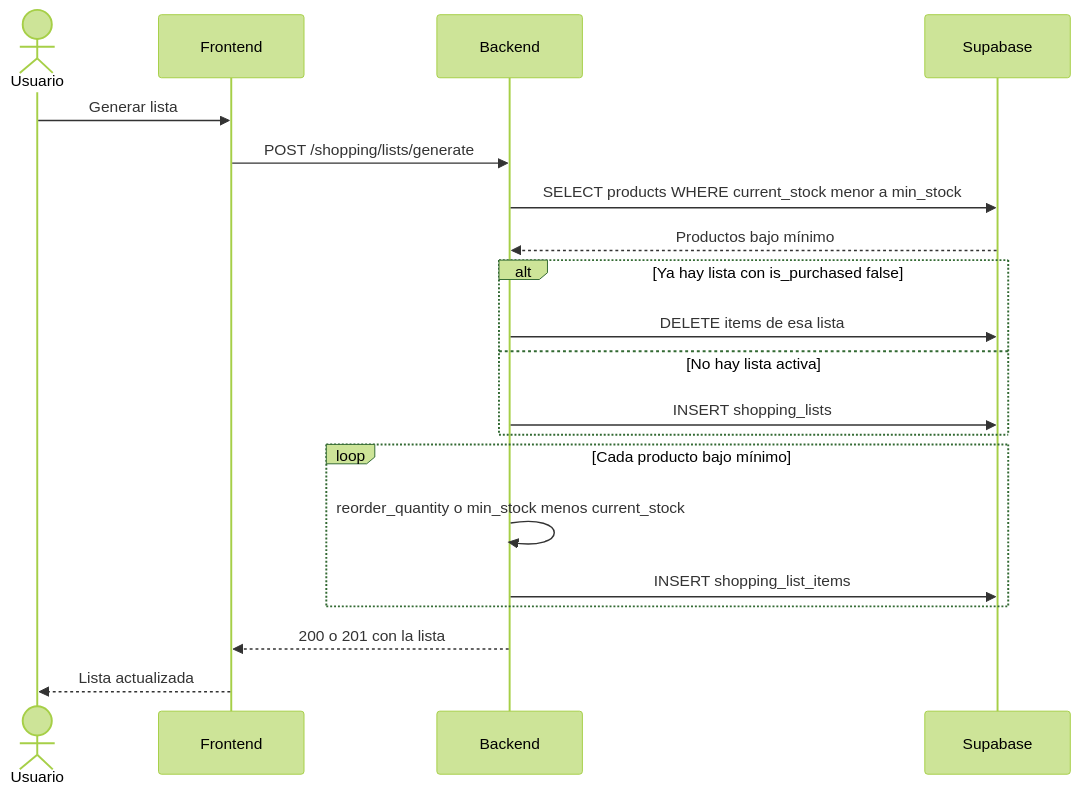
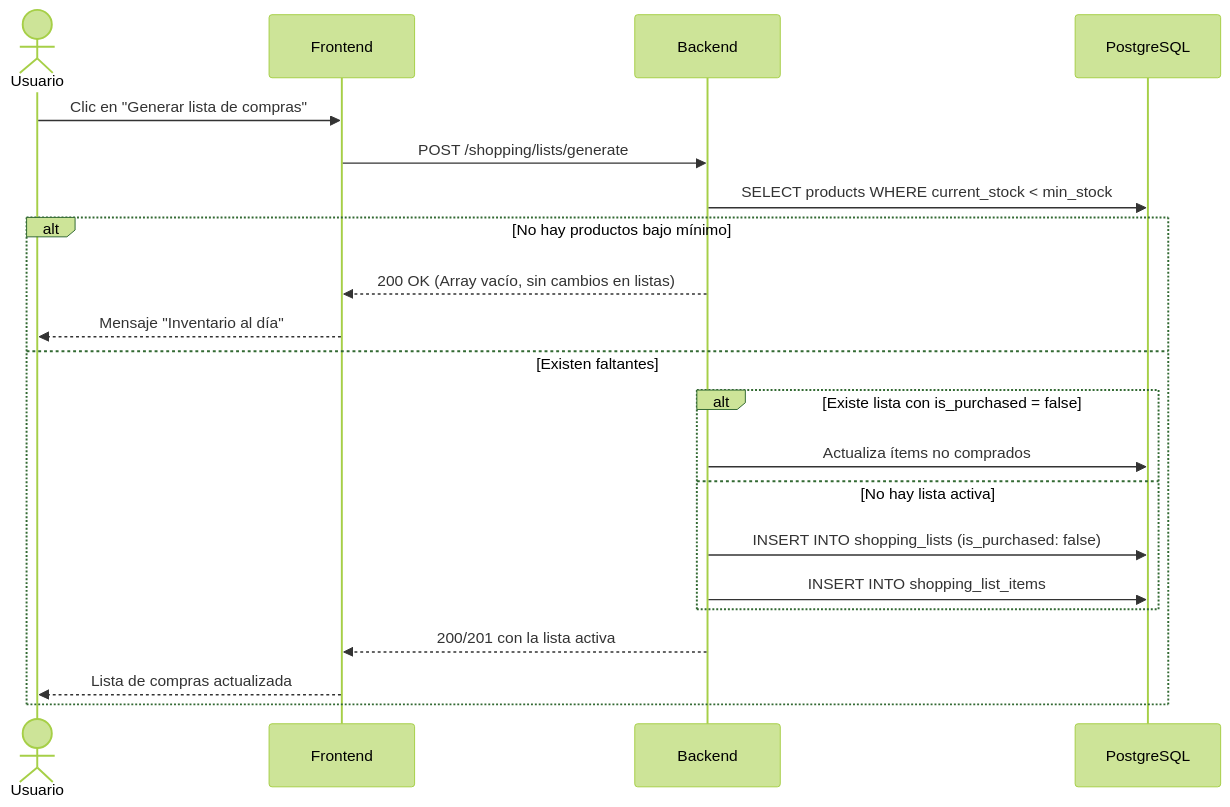
The fifth of 8 diagrams in docs/modulos.md (AlejandroPedrosa/Nido-SmartHome), drawn with Mermaid (forest theme) before and after one commit. The commit also changed other lines of this file and 8 other files, not shown here.

````diff
--- a/docs/modulos.md
+++ b/docs/modulos.md
@@ -479,26 +534,25 @@
 ```mermaid
 sequenceDiagram
     actor U as Usuario
     participant F as Frontend
     participant B as Backend
-    participant DB as Supabase
+    participant DB as PostgreSQL
 
-    U->>F: Generar lista
+    U->>F: Clic en "Generar lista de compras"
     F->>B: POST /shopping/lists/generate
-    B->>DB: SELECT products WHERE current_stock menor a min_stock
-    DB-->>B: Productos bajo mínimo
-
-    alt Ya hay lista con is_purchased false
-        B->>DB: DELETE items de esa lista
-    else No hay lista activa
-        B->>DB: INSERT shopping_lists
+    B->>DB: SELECT products WHERE current_stock < min_stock
+    
+    alt No hay productos bajo mínimo
+        B-->>F: 200 OK (Array vacío, sin cambios en listas)
+        F-->>U: Mensaje "Inventario al día"
+    else Existen faltantes
+        alt Existe lista con is_purchased = false
+            B->>DB: Actualiza ítems no comprados
+        else No hay lista activa
+            B->>DB: INSERT INTO shopping_lists (is_purchased: false)
+            B->>DB: INSERT INTO shopping_list_items
+        end
+        B-->>F: 200/201 con la lista activa
+        F-->>U: Lista de compras actualizada
     end
-
-    loop Cada producto bajo mínimo
-        B->>B: reorder_quantity o min_stock menos current_stock
-        B->>DB: INSERT shopping_list_items
-    end
-
-    B-->>F: 200 o 201 con la lista
-    F-->>U: Lista actualizada
 ```
````
